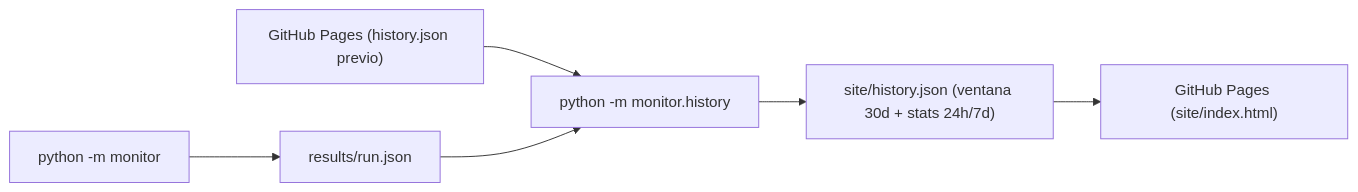
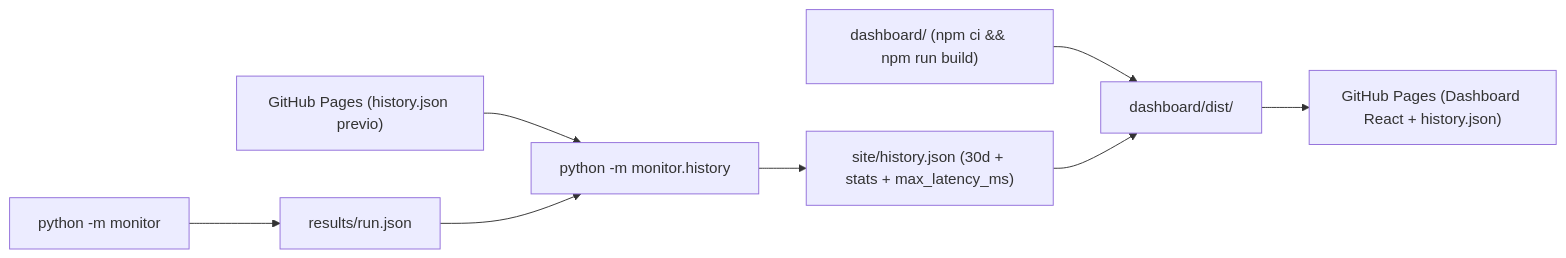
Before and after one commit to facupeletay/qa-api-monitor: the diagram in README.md, drawn with Mermaid. The commit also changed other lines of this file and 22 other files, not shown here.

Commit message:
feat: React dashboard with latency, uptime and incidents

````diff
--- a/README.md
+++ b/README.md
@@ -15,8 +15,10 @@
 ```mermaid
 flowchart LR
     A["python -m monitor"] --> B["results/run.json"]
     P["GitHub Pages (history.json previo)"] --> C["python -m monitor.history"]
     B --> C
-    C --> D["site/history.json (ventana 30d + stats 24h/7d)"]
-    D --> E["GitHub Pages (site/index.html)"]
+    C --> D["site/history.json (30d + stats + max_latency_ms)"]
+    F["dashboard/ (npm ci && npm run build)"] --> G["dashboard/dist/"]
+    D --> G
+    G --> E["GitHub Pages (Dashboard React + history.json)"]
 ```
````
